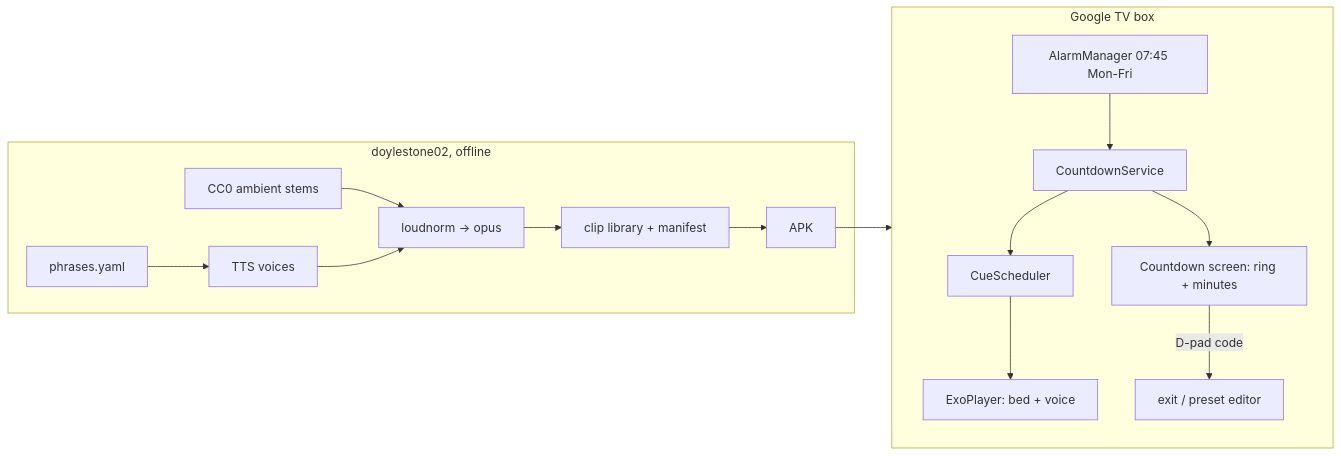
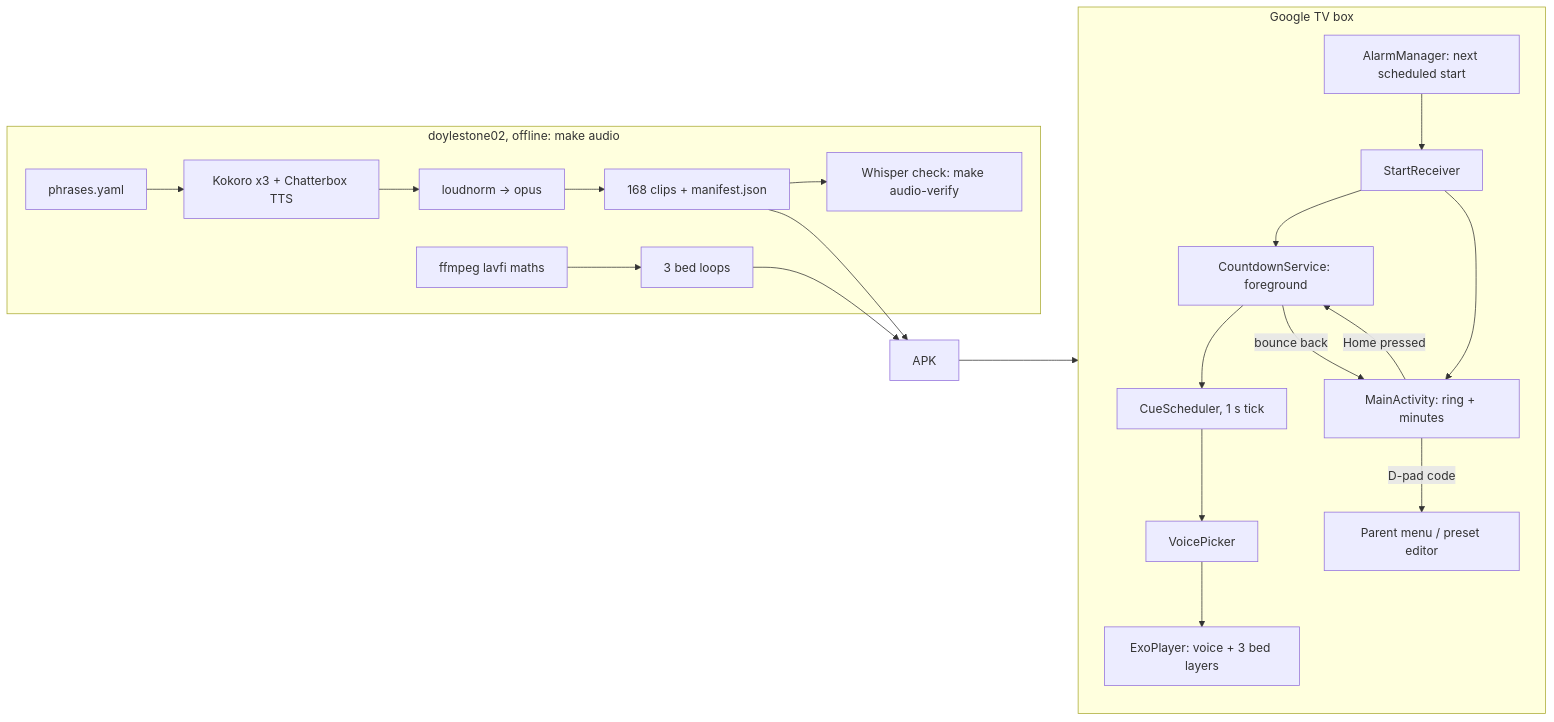
The diagram in README.md (jonwhittlestone/tools-countusdown), drawn with Mermaid before and after one commit. The commit also changed other lines of this file, not shown here.

Commit message:
24 - docs: README covers the finished app, audio pipeline and Makefile targets

````diff
--- a/README.md
+++ b/README.md
@@ -9,15 +17,19 @@
 ```mermaid
 flowchart LR
-  subgraph dev [doylestone02, offline]
-    P[phrases.yaml] --> T[TTS voices]
-    S[CC0 ambient stems] --> N[loudnorm -> opus]
-    T --> N --> M[clip library + manifest] --> APK
+  subgraph dev [doylestone02, offline: make audio]
+    P[phrases.yaml] --> T[Kokoro x3 + Chatterbox TTS]
+    S[ffmpeg lavfi maths] --> B[3 bed loops]
+    T --> N[loudnorm -> opus] --> M[168 clips + manifest.json]
+    M --> V[Whisper check: make audio-verify]
   end
   subgraph TV [Google TV box]
-    A[AlarmManager 07:45 Mon-Fri] --> SV[CountdownService]
-    SV --> SCH[CueScheduler] --> EXO[ExoPlayer: bed + voice]
-    SV --> UI[Countdown screen: ring + minutes]
-    UI -- D-pad code --> EXIT[exit / preset editor]
+    A[AlarmManager: next scheduled start] --> R[StartReceiver]
+    R --> SV[CountdownService: foreground]
+    R --> UI[MainActivity: ring + minutes]
+    SV --> SCH[CueScheduler, 1 s tick] --> VP[VoicePicker] --> EXO[ExoPlayer: voice + 3 bed layers]
+    UI -- Home pressed --> SV -- bounce back --> UI
+    UI -- D-pad code --> PM[Parent menu / preset editor]
   end
-  APK --> TV
+  M --> APK --> TV
+  B --> APK
 ```
````
